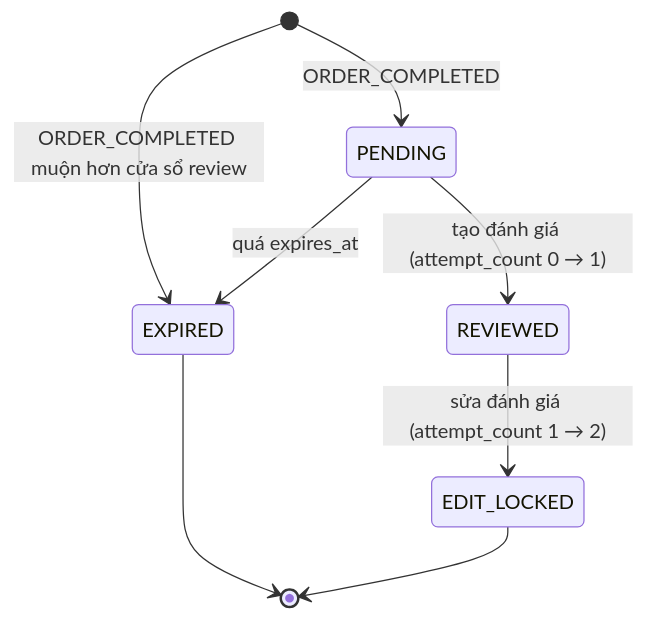
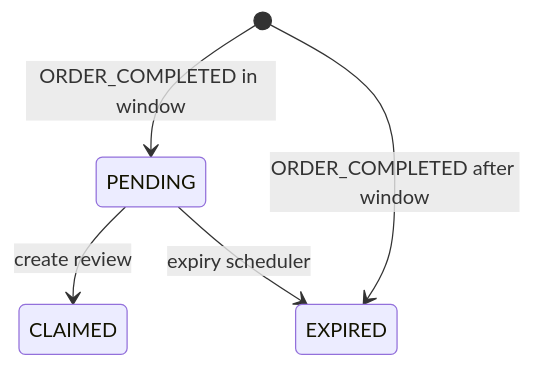
The first of 3 diagrams in docs/review/domain.md (quangdung2110/e-commerce-microservices), drawn with Mermaid before and after one commit. The commit also changed other lines of this file and 18 other files, not shown here.

````diff
--- a/docs/review/domain.md
+++ b/docs/review/domain.md
@@ -116,10 +85,7 @@
 ```mermaid
 stateDiagram-v2
-    [*] --> PENDING: ORDER_COMPLETED
-    [*] --> EXPIRED: ORDER_COMPLETED muộn hơn cửa sổ review
-    PENDING --> REVIEWED: tạo đánh giá (attempt_count 0 → 1)
-    PENDING --> EXPIRED: quá expires_at
-    REVIEWED --> EDIT_LOCKED: sửa đánh giá (attempt_count 1 → 2)
-    EXPIRED --> [*]
-    EDIT_LOCKED --> [*]
+    [*] --> PENDING: ORDER_COMPLETED in window
+    [*] --> EXPIRED: ORDER_COMPLETED after window
+    PENDING --> CLAIMED: create review
+    PENDING --> EXPIRED: expiry scheduler
 ```
````
